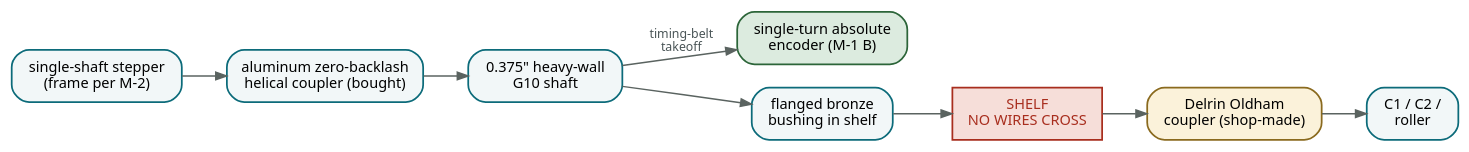
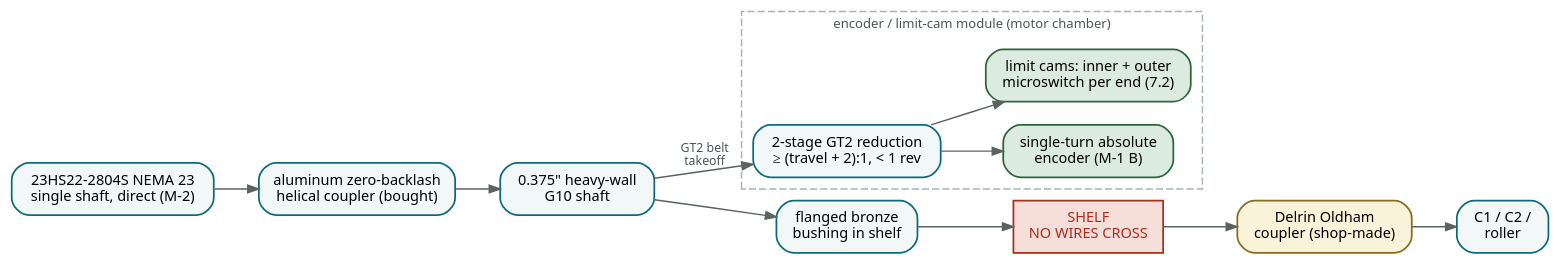
Before and after one commit to driador/antenna-tuner: the diagram in doc/diagrams/coupling.dot, drawn with Graphviz. The commit also changed 55 other files, not shown here.

```diff
--- a/doc/diagrams/coupling.dot
+++ b/doc/diagrams/coupling.dot
@@ -1,22 +1,27 @@
 digraph k {
   rankdir=LR; nodesep=0.22; ranksep=0.4;
   graph [fontname="Noto Sans", fontsize=10, bgcolor="transparent", pad=0.15];
   node  [fontname="Noto Sans", fontsize=10, shape=box, style="rounded,filled",
          fillcolor="#F2F7F8", color="#0C6B7A", penwidth=1.2, margin="0.16,0.09"];
   edge  [fontname="Noto Sans", fontsize=8.5, color="#5A6360", arrowsize=0.75,
          fontcolor="#4A5557"];
 
-  mot  [label="single-shaft stepper\n(frame per M-2)"];
-  enc  [label="single-turn absolute\nencoder (M-1 B)", fillcolor="#DCEBDF", color="#2C6539"];
+  mot  [label="23HS22-2804S NEMA 23\nsingle shaft, direct (M-2)"];
   cpl  [label="aluminum zero-backlash\nhelical coupler (bought)"];
   shaft[label="0.375\" heavy-wall\nG10 shaft"];
   bush [label="flanged bronze\nbushing in shelf"];
   bel  [label="Delrin Oldham\ncoupler (shop-made)", fillcolor="#FBF2DA", color="#8A6A1E"];
   elem [label="C1 / C2 /\nroller", fillcolor="#F2F7F8", color="#0C6B7A"];
   wall [label="SHELF\nNO WIRES CROSS", shape=box, style="filled",
         fillcolor="#F6DED9", color="#A82E1E", fontcolor="#A82E1E"];
-  mot->cpl;
-  cpl->shaft->bush->wall->bel->elem;
-  shaft->enc [label="  timing-belt\n  takeoff"];
-  { rank=same; enc; bush; }
+  subgraph cluster_m {
+    label="encoder / limit-cam module (motor chamber)"; fontname="Noto Sans"; fontsize=9;
+    color="#A8B3B2"; style=dashed; fontcolor="#4A5557";
+    red  [label="2-stage GT2 reduction\n≥ (travel + 2):1, < 1 rev"];
+    enc  [label="single-turn absolute\nencoder (M-1 B)", fillcolor="#DCEBDF", color="#2C6539"];
+    cam  [label="limit cams: inner + outer\nmicroswitch per end (7.2)", fillcolor="#DCEBDF", color="#2C6539"];
+  }
+  mot->cpl->shaft->bush->wall->bel->elem;
+  shaft->red [label="  GT2 belt\n  takeoff"];
+  red->enc; red->cam;
 }
```
